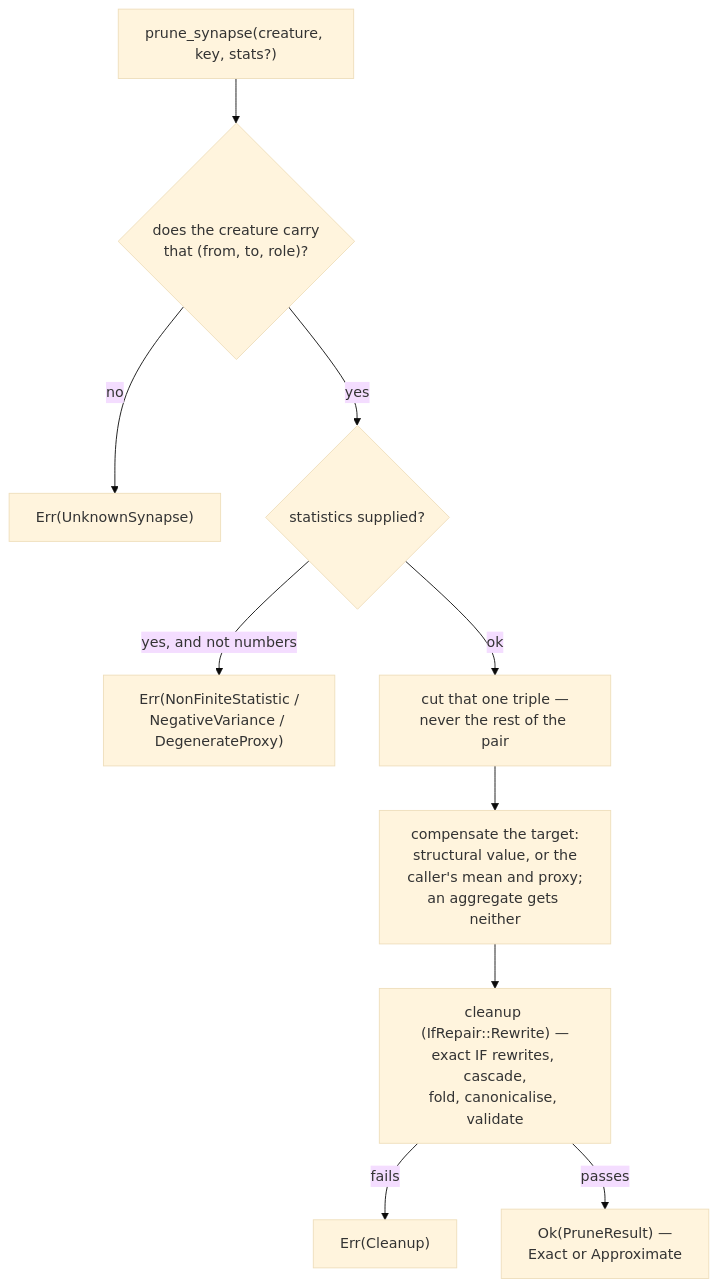
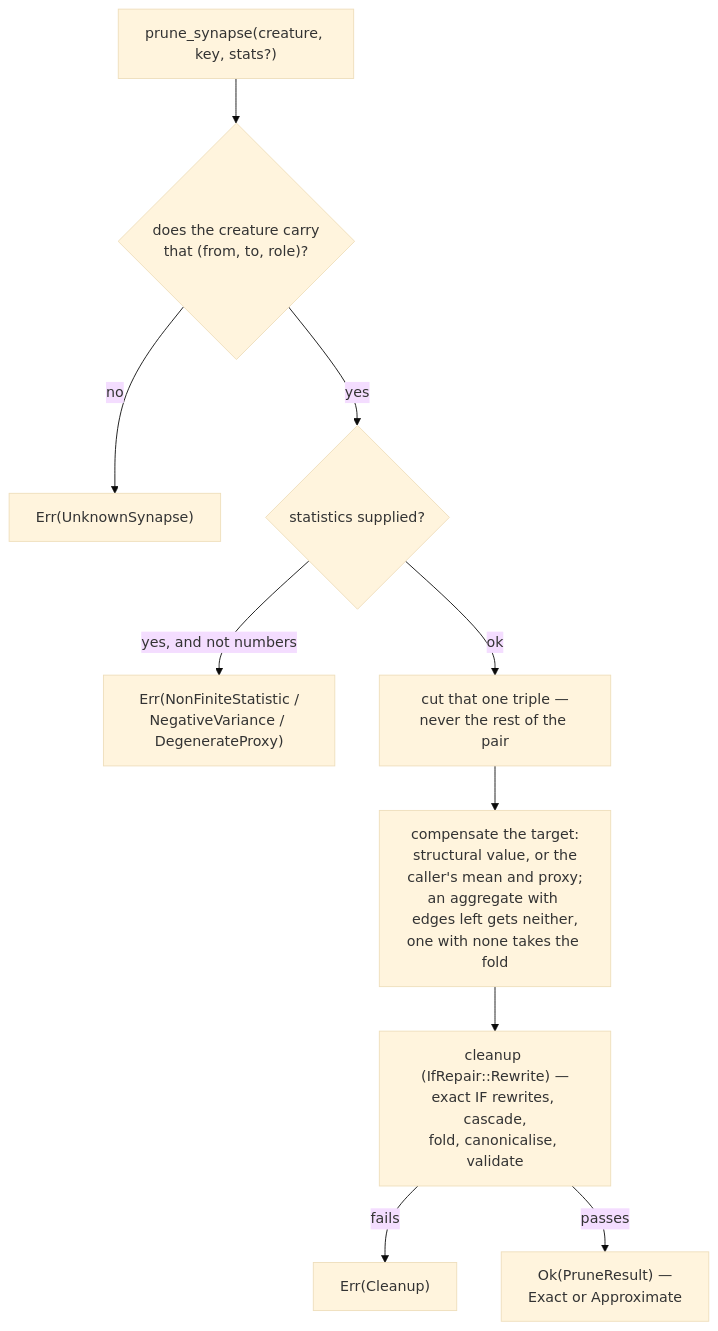
Before and after one commit to stSoftwareAU/NEAT-AI-core: diagram 16 of 27 in README.md, drawn with Mermaid (base theme). The commit also changed other lines of this file and 16 other files, not shown here.

````diff
--- a/README.md
+++ b/README.md
@@ -1056,12 +1104,12 @@
 ```mermaid
 flowchart TD
     Q["prune_synapse(creature, key, stats?)"] --> F{"does the creature carry<br/>that (from, to, role)?"}
     F -- no --> U["Err(UnknownSynapse)"]
     F -- yes --> S{"statistics supplied?"}
     S -- "yes, and not numbers" --> N["Err(NonFiniteStatistic /<br/>NegativeVariance / DegenerateProxy)"]
     S -- ok --> X["cut that one triple —<br/>never the rest of the pair"]
-    X --> C["compensate the target:<br/>structural value, or the<br/>caller's mean and proxy;<br/>an aggregate gets neither"]
+    X --> C["compensate the target:<br/>structural value, or the<br/>caller's mean and proxy;<br/>an aggregate with edges left gets neither,<br/>one with none takes the fold"]
     C --> R["cleanup (IfRepair::Rewrite) —<br/>exact IF rewrites, cascade,<br/>fold, canonicalise, validate"]
     R -- fails --> E["Err(Cleanup)"]
     R -- passes --> O["Ok(PruneResult) —<br/>Exact or Approximate"]
 ```
````
